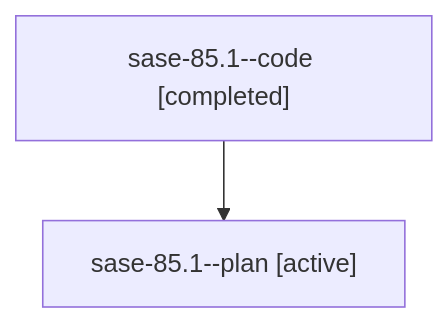
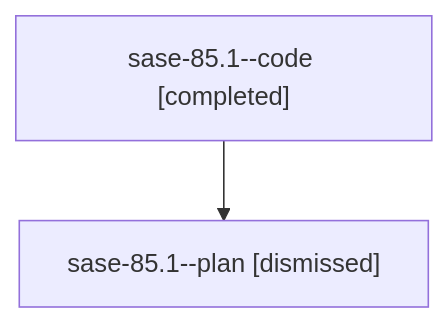
The diagram in sessions/bbugyi200.athena.sase-85.1.md (sase-org/sase--agents), drawn with Mermaid before and after one commit. The commit also changed other lines of this file and 88 other files, not shown here.

````diff
--- a/sessions/bbugyi200.athena.sase-85.1.md
+++ b/sessions/bbugyi200.athena.sase-85.1.md
@@ -9,6 +9,6 @@
 ```mermaid
 flowchart TD
   n0["sase-85.1--code [completed]"]
-  n1["sase-85.1--plan [active]"]
+  n1["sase-85.1--plan [dismissed]"]
   n0 --> n1
 ```
````
